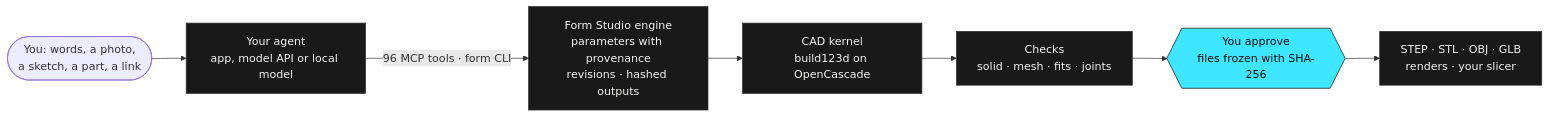
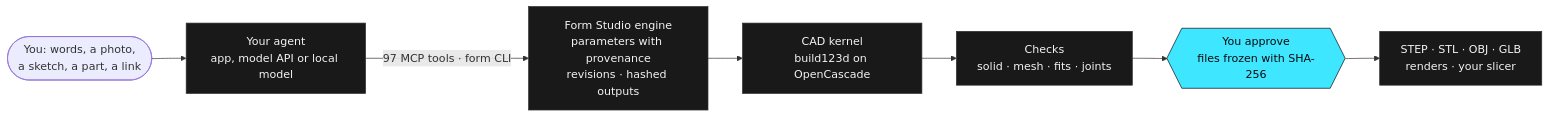
One commit to kaizensx/form-studio changed the diagram in README.md. Above: the diagram before and after it, drawn with Mermaid. The commit also changed other lines of this file and 35 other files, not shown here.

````diff
--- a/README.md
+++ b/README.md
@@ -84,13 +84,13 @@
 ```mermaid
 flowchart LR
   you(["You: words, a photo,<br/>a sketch, a part, a link"]) --> agent["Your agent<br/>app, model API or local model"]
-  agent -- "96 MCP tools · form CLI" --> engine["Form Studio engine<br/>parameters with provenance<br/>revisions · hashed outputs"]
+  agent -- "97 MCP tools · form CLI" --> engine["Form Studio engine<br/>parameters with provenance<br/>revisions · hashed outputs"]
   engine --> kernel["CAD kernel<br/>build123d on OpenCascade"]
   kernel --> checks["Checks<br/>solid · mesh · fits · joints"]
   checks --> release{{"You approve<br/>files frozen with SHA-256"}}
   release --> out["STEP · STL · OBJ · GLB<br/>renders · your slicer"]
   classDef datum fill:#3ee6ff,stroke:#0b0b0c,color:#0b0b0c
   classDef plate fill:#19191a,stroke:#2f2f31,color:#f4f3f1
   class release datum
   class agent,engine,kernel,checks,out plate
 ```
````
